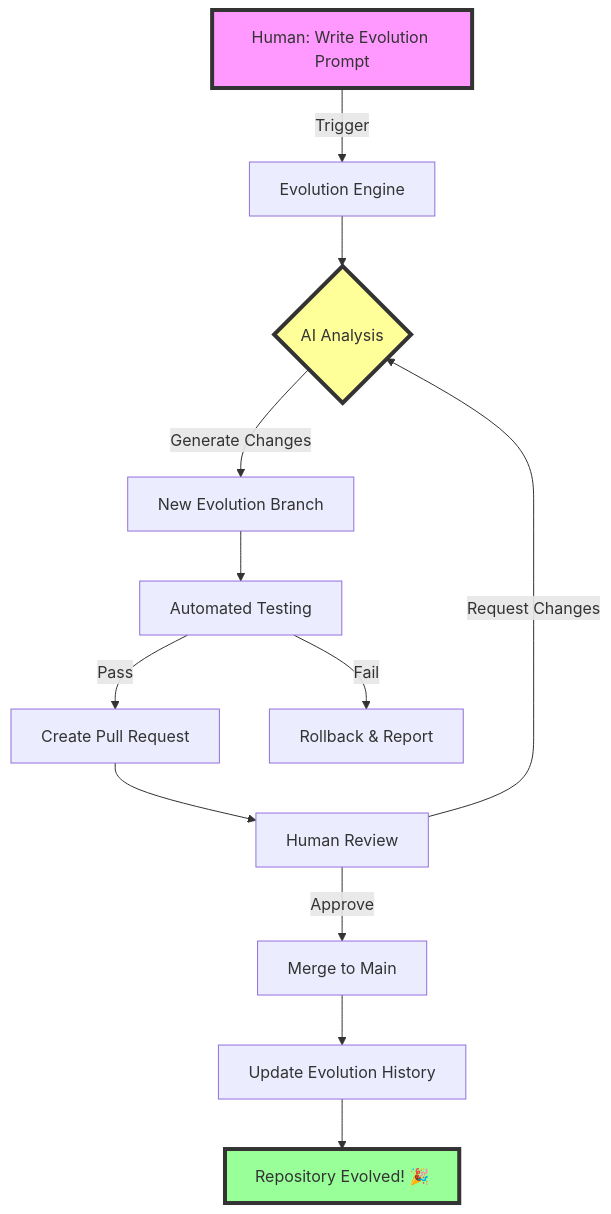
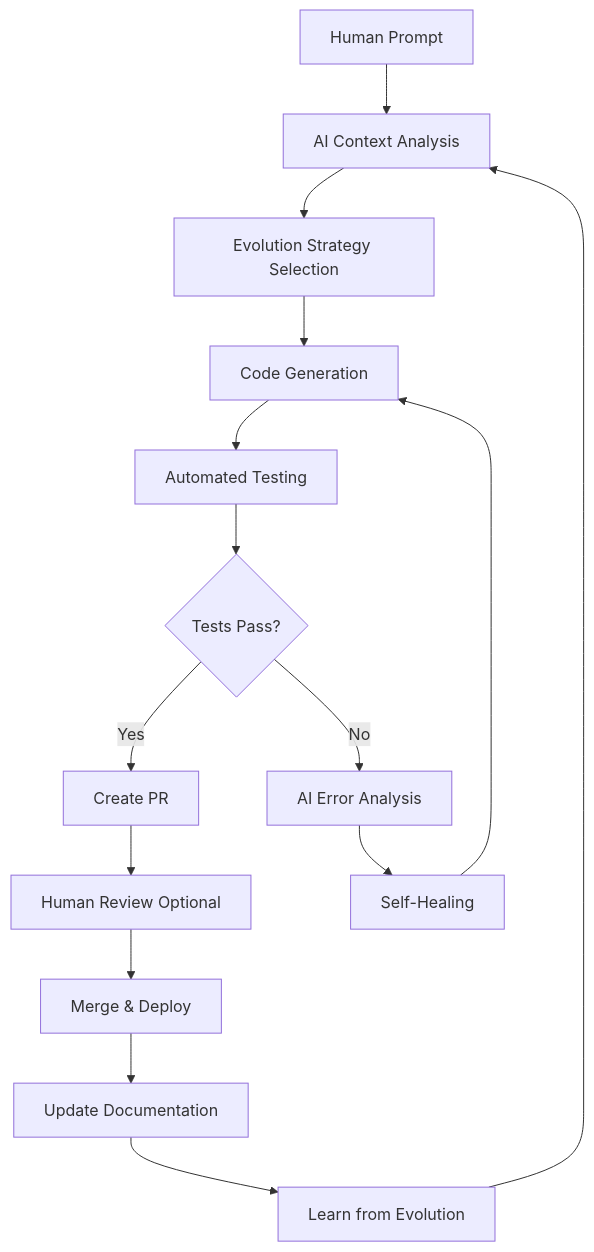
The first of 2 diagrams in README.md (bamr87/ai-evolution-engine), drawn with Mermaid before and after one commit. The commit also changed other lines of this file and 2 other files, not shown here.

Commit message:
Refactor code structure for improved readability and maintainability

````diff
--- a/README.md
+++ b/README.md
@@ -57,18 +62,17 @@
 ```mermaid
 graph TB
-    A[Human: Write Evolution Prompt] -->|Trigger| B[Evolution Engine]
-    B --> C{AI Analysis}
-    C -->|Generate Changes| D[New Evolution Branch]
+    A[Human Prompt] --> B[AI Context Analysis]
+    B --> C[Evolution Strategy Selection]
+    C --> D[Code Generation]
     D --> E[Automated Testing]
-    E -->|Pass| F[Create Pull Request]
-    E -->|Fail| G[Rollback & Report]
-    F --> H[Human Review]
-    H -->|Approve| I[Merge to Main]
-    H -->|Request Changes| C
-    I --> J[Update Evolution History]
-    J --> K[Repository Evolved! 🎉]
-    
-    style A fill:#f9f,stroke:#333,stroke-width:4px
-    style K fill:#9f9,stroke:#333,stroke-width:4px
-    style C fill:#ff9,stroke:#333,stroke-width:4px
+    E --> F{Tests Pass?}
+    F -->|Yes| G[Create PR]
+    F -->|No| H[AI Error Analysis]
+    H --> I[Self-Healing]
+    I --> D
+    G --> J[Human Review Optional]
+    J --> K[Merge & Deploy]
+    K --> L[Update Documentation]
+    L --> M[Learn from Evolution]
+    M --> B
 ```
````
